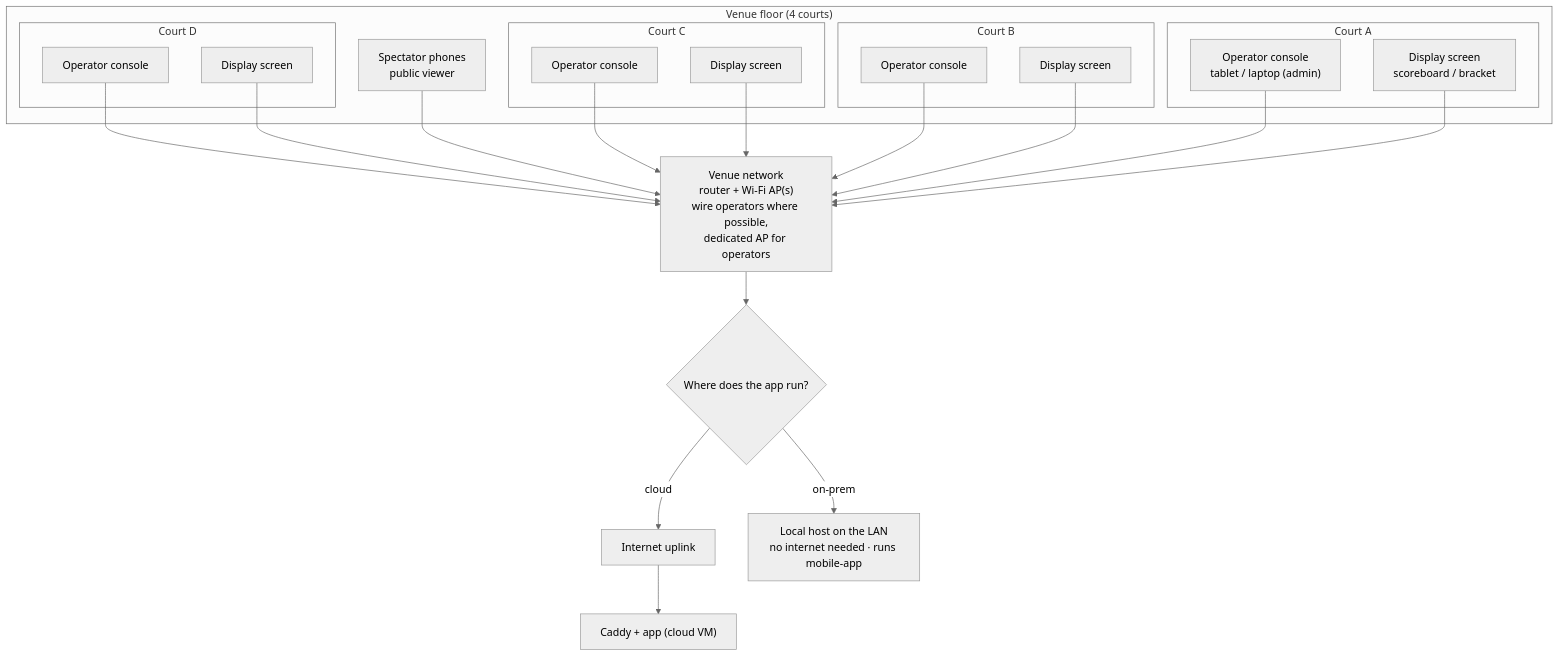
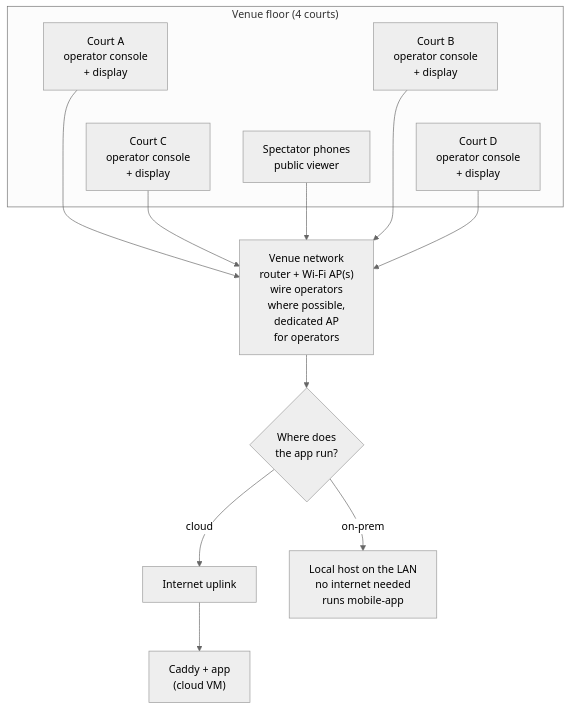
The seventh of 11 diagrams in docs/architecture/infrastructure-architecture.md (gitrgoliveira/bracket-creator), drawn with Mermaid (neutral theme) before and after one commit. The commit also changed other lines of this file and 49 other files, not shown here.

First line of the commit message:
fix(bc-arch): one transaction for participant edits; WAL stale-log guard; architecture docs

````diff
--- a/docs/architecture/infrastructure-architecture.md
+++ b/docs/architecture/infrastructure-architecture.md
@@ -105,32 +201,21 @@
 ```mermaid
 flowchart TB
     subgraph floor["Venue floor (4 courts)"]
-        subgraph cA["Court A"]
-            opA["Operator console<br/>tablet / laptop (admin)"]
-            dA["Display screen<br/>scoreboard / bracket"]
-        end
-        subgraph cB["Court B"]
-            opB["Operator console"]
-            dB["Display screen"]
-        end
-        subgraph cC["Court C"]
-            opC["Operator console"]
-            dC["Display screen"]
-        end
-        subgraph cD["Court D"]
-            opD["Operator console"]
-            dD["Display screen"]
-        end
+        cA["Court A<br/>operator console<br/>+ display"]
+        cB["Court B<br/>operator console<br/>+ display"]
+        cC["Court C<br/>operator console<br/>+ display"]
+        cD["Court D<br/>operator console<br/>+ display"]
         spec["Spectator phones<br/>public viewer"]
     end
 
-    net["Venue network<br/>router + Wi-Fi AP(s)<br/>wire operators where possible,<br/>dedicated AP for operators"]
+    net["Venue network<br/>router + Wi-Fi AP(s)<br/>wire operators<br/>where possible,<br/>dedicated AP<br/>for operators"]
 
-    opA & opB & opC & opD --> net
-    dA & dB & dC & dD --> net
+    cA & cB & cC & cD --> net
     spec --> net
+    cA ~~~ cC
+    cB ~~~ cD
 
-    net --> where{"Where does the app run?"}
-    where -->|cloud| up["Internet uplink"] --> cloud["Caddy + app (cloud VM)"]
-    where -->|on-prem| local["Local host on the LAN<br/>no internet needed · runs mobile-app"]
+    net --> where{"Where does<br/>the app run?"}
+    where -->|cloud| up["Internet uplink"] --> cloud["Caddy + app<br/>(cloud VM)"]
+    where -->|on-prem| local["Local host on the LAN<br/>no internet needed<br/>runs mobile-app"]
 ```
````
